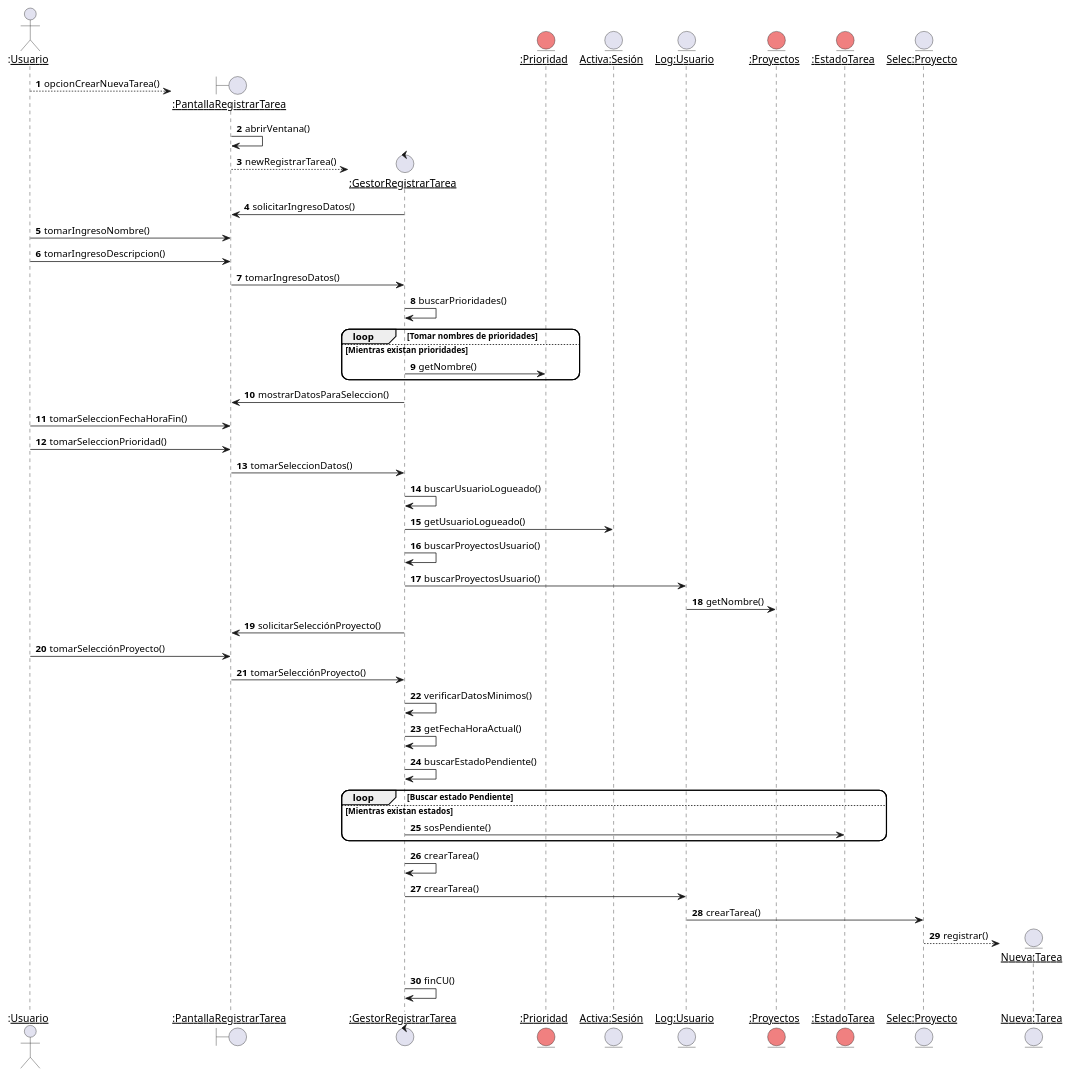
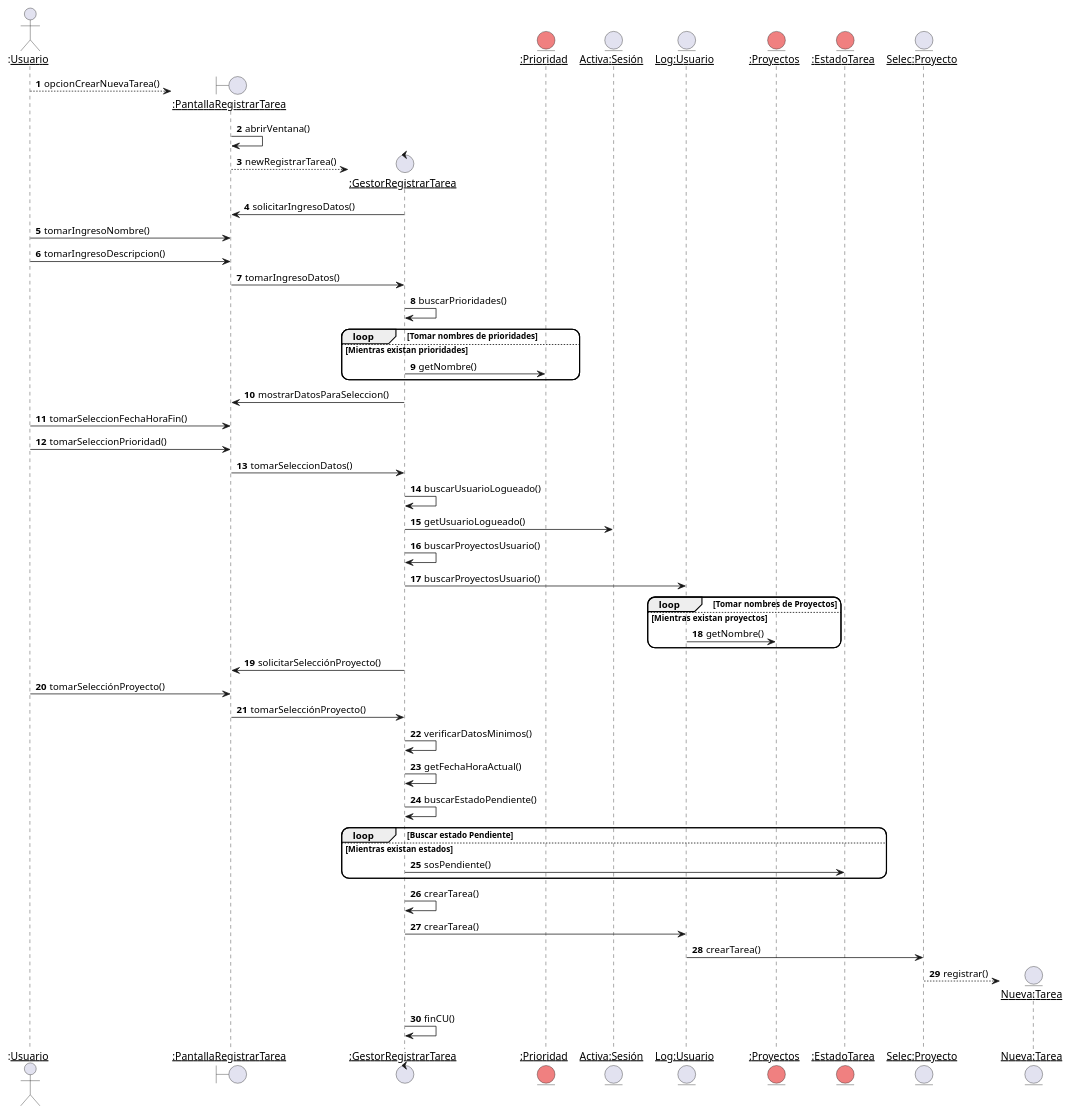
One commit to ciggyx/Task_Flow changed the first of 2 diagrams in Modelado/DiagramasCU01.plantuml. Above: the diagram before and after it, drawn with PlantUML. The commit also changed other lines of this file and 6 other files, not shown here.

Commit message:
refactor: actualización de diagramas que utilizamos

```diff
--- a/Modelado/DiagramasCU01.plantuml
+++ b/Modelado/DiagramasCU01.plantuml
@@ -1,57 +1,60 @@
 @startuml RealizaciónCu1VistaDinámica
 skinparam roundcorner 20
 skinparam maxmessagesize 60
 autonumber
 
 Actor ":__Usuario__" as U
 create boundary "__:PantallaRegistrarTarea__" as PRT
 U --> PRT : opcionCrearNuevaTarea()
 PRT -> PRT : abrirVentana()
 create control "__:GestorRegistrarTarea__" as GRT
 PRT --> GRT : newRegistrarTarea()
 GRT -> PRT : solicitarIngresoDatos()
 U -> PRT : tomarIngresoNombre()
 U -> PRT : tomarIngresoDescripcion()
 PRT  -> GRT : tomarIngresoDatos()
 GRT -> GRT : buscarPrioridades()
 entity "__:Prioridad__" as PR #LightCoral
 loop Tomar nombres de prioridades
 else Mientras existan prioridades
 ' ¿Bastará con el getNombre?
      GRT -> PR : getNombre()
 end
 GRT -> PRT : mostrarDatosParaSeleccion()
 U -> PRT : tomarSeleccionFechaHoraFin()
 'para mí no haría falta validar en este caso que la fecha sea mayor a la actual
 ' ya que se lo limitamos al hacer la selección. Podemos ver bien despues eso
 U -> PRT : tomarSeleccionPrioridad()
 PRT -> GRT : tomarSeleccionDatos()
 GRT -> GRT : buscarUsuarioLogueado()
 entity "__Activa:Sesión__" as ASS
 GRT -> ASS : getUsuarioLogueado()
 GRT -> GRT : buscarProyectosUsuario()
 entity "__Log:Usuario__" as LU
 GRT -> LU : buscarProyectosUsuario()
 entity "__:Proyectos__" as P #LightCoral
-LU -> P : getNombre()
+loop Tomar nombres de Proyectos
+else Mientras existan proyectos
+    LU -> P : getNombre()
+end 
 GRT -> PRT : solicitarSelecciónProyecto()
 U -> PRT : tomarSelecciónProyecto()
 PRT -> GRT : tomarSelecciónProyecto()
 GRT -> GRT : verificarDatosMinimos()
 GRT -> GRT : getFechaHoraActual()
 GRT -> GRT : buscarEstadoPendiente()
 loop Buscar estado Pendiente
     entity "__:EstadoTarea__" as E #LightCoral
 else Mientras existan estados
     GRT -> E : sosPendiente()
 end
 
 GRT -> GRT : crearTarea()
 GRT -> LU: crearTarea()
 entity "__Selec:Proyecto__" as SP
 LU -> SP : crearTarea()
 create entity "__Nueva:Tarea__" as T
 SP --> T : registrar()
 GRT -> GRT : finCU()
 
 @enduml
```
